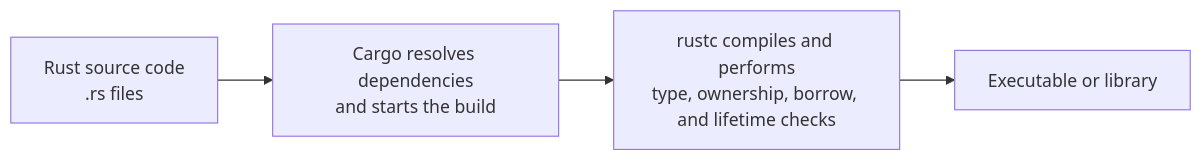
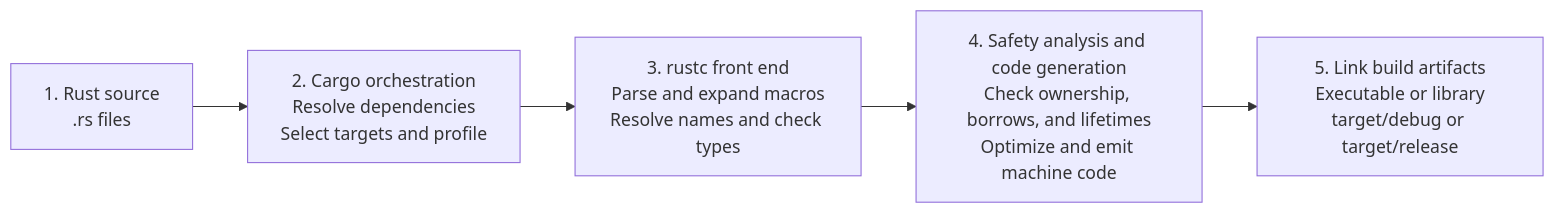
The diagram in Introduction/Overview/README.md (afnath-ahamed/Rust), drawn with Mermaid before and after one commit. The commit also changed other lines of this file, not shown here.

Commit message:
Refine Rust compilation process

````diff
--- a/Introduction/Overview/README.md
+++ b/Introduction/Overview/README.md
@@ -98,6 +98,7 @@
 ```mermaid
 flowchart LR
-    A["Rust source code<br/>.rs files"] --> B["Cargo resolves dependencies<br/>and starts the build"]
-    B --> C["rustc compiles and performs<br/>type, ownership, borrow, and lifetime checks"]
-    C --> D["Executable or library"]
+    A["1. Rust source<br/>.rs files"] --> B["2. Cargo orchestration<br/>Resolve dependencies<br/>Select targets and profile"]
+    B --> C["3. rustc front end<br/>Parse and expand macros<br/>Resolve names and check types"]
+    C --> D["4. Safety analysis and code generation<br/>Check ownership, borrows, and lifetimes<br/>Optimize and emit machine code"]
+    D --> E["5. Link build artifacts<br/>Executable or library<br/>target/debug or target/release"]
 ```
````
